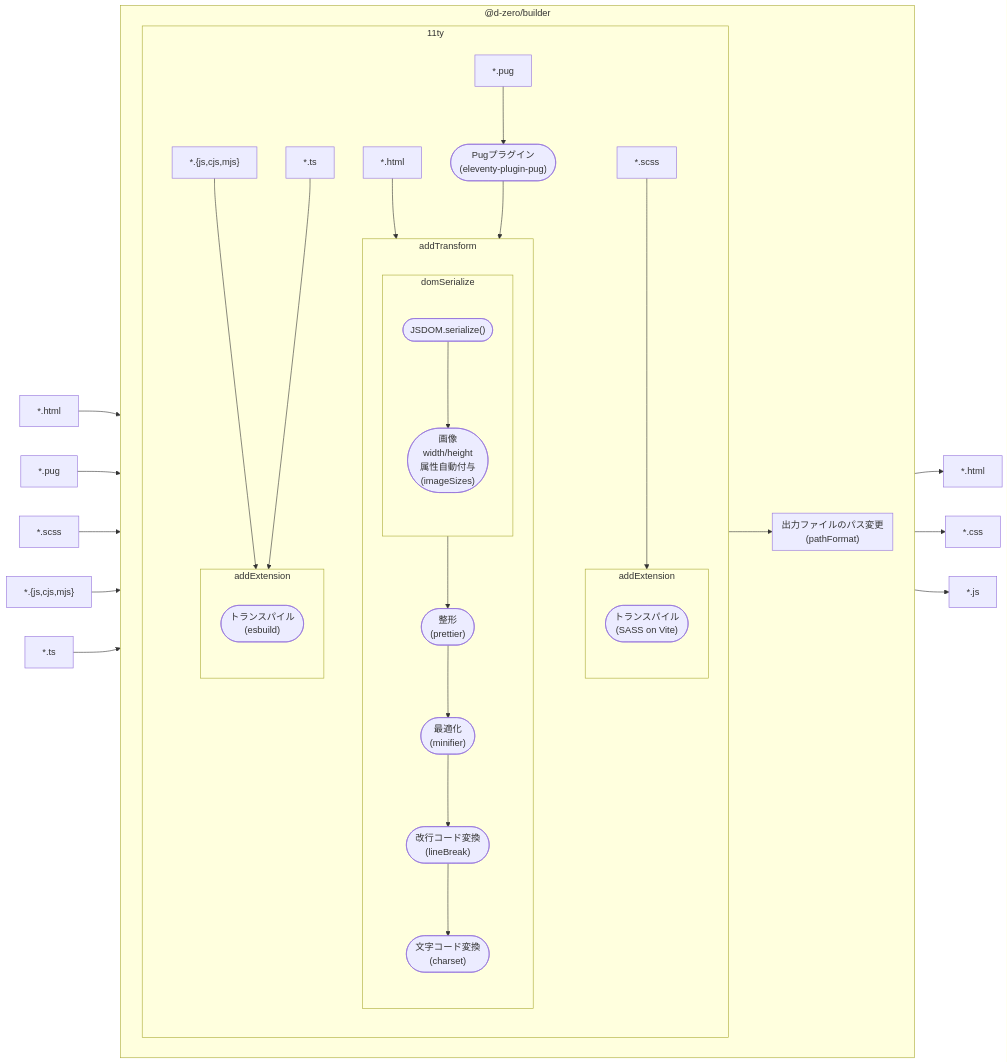
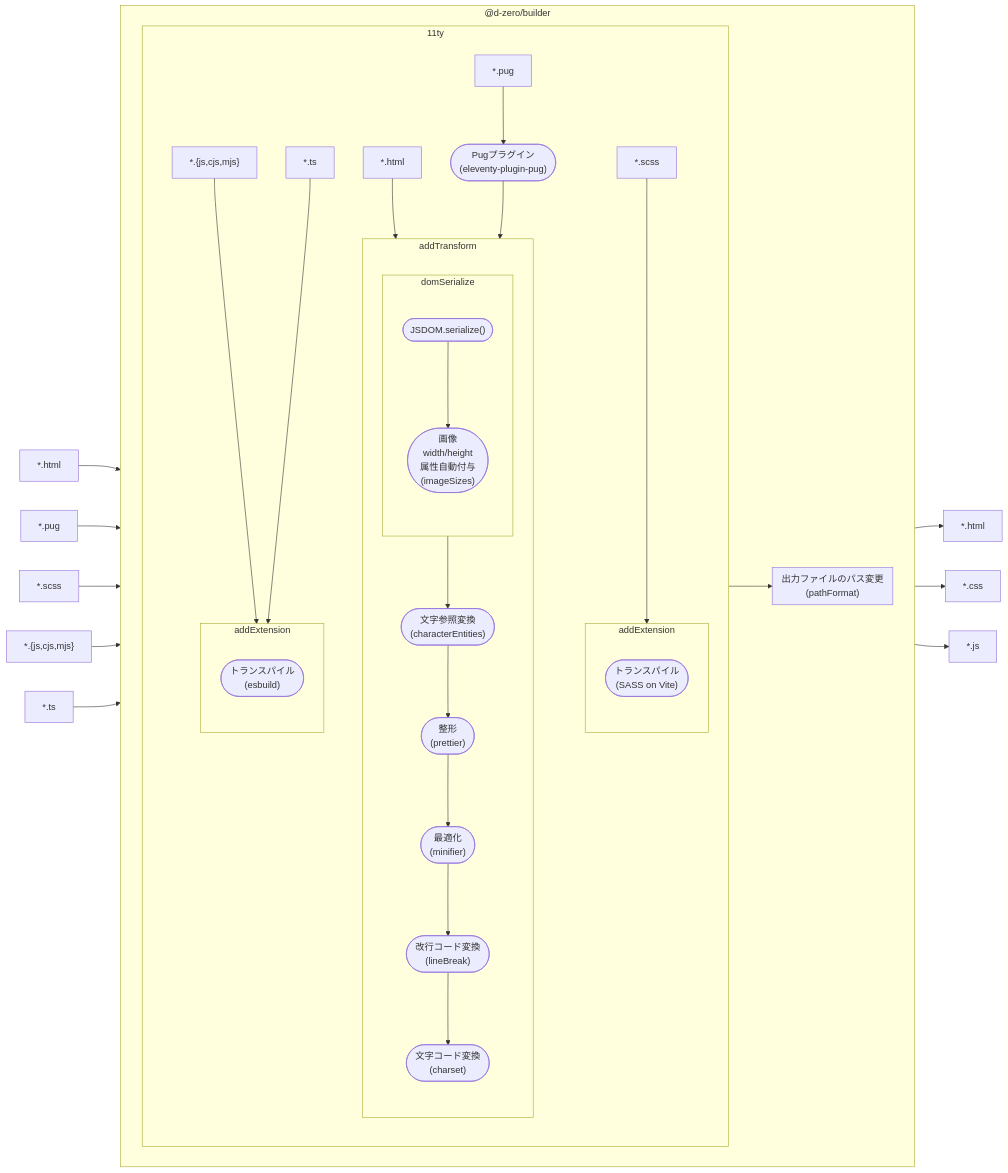
Before and after one commit to d-zero-dev/frontend-env: the diagram in packages/@d-zero/builder/README.md, drawn with Mermaid. The commit also changed other lines of this file, not shown here.

Commit message:
docs(builder): update about `characterEntities` option

````diff
--- a/packages/@d-zero/builder/README.md
+++ b/packages/@d-zero/builder/README.md
@@ -64,76 +65,76 @@
 ```mermaid
 flowchart LR
 	#inHTML["*.html"]
 	#inPug["*.pug"]
 	#inSCSS["*.scss"]
 	#inJS["*.{js,cjs,mjs}"]
 	#inTS["*.ts"]
 	#outHTML["*.html"]
 	#outCSS["*.css"]
 	#outJS["*.js"]
 
 	#inHTML --> #dzBuilder
 	#inPug --> #dzBuilder
 	#inSCSS --> #dzBuilder
 	#inJS --> #dzBuilder
 	#inTS --> #dzBuilder
 	#dzBuilder --> #outHTML
 	#dzBuilder --> #outCSS
 	#dzBuilder --> #outJS
 
 	subgraph #dzBuilder["@d-zero/builder"]
 		direction LR
 
 		subgraph #eleventy["11ty"]
 			#html["*.html"]
 			#pug["*.pug"]
 			#scss["*.scss"]
 			#js["*.{js,cjs,mjs}"]
 			#ts["*.ts"]
 
 			subgraph #transformHTML["addTransform"]
 				direction TB
 
+                #characterEntities(["文字参照変換<br>(characterEntities)"])
 				#prettier(["整形<br>(prettier)"])
 				#minifier(["最適化<br>(minifier)"])
 				#lineBreak(["改行コード変換<br>(lineBreak)"])
 				#charset(["文字コード変換<br>(charset)"])
-
 
 				subgraph #domSerialize["domSerialize"]
 					direction TB
 
 					#jsdom(["JSDOM.serialize()"])
 					#imageSizes(["画像<br>width/height<br>属性自動付与<br>(imageSizes)"])
 
 					#jsdom --> #imageSizes
 				end
 
-				#domSerialize --> #prettier --> #minifier --> #lineBreak --> #charset
+				#domSerialize --> #characterEntities --> #prettier --> #minifier --> #lineBreak --> #charset
 			end
 
 			subgraph #transpileCSS["addExtension"]
 				direction TB
 
 				#vite(["トランスパイル<br>(SASS on Vite)"])
 			end
 
 			subgraph #transpileJS["addExtension"]
 				direction TB
 
 				#esbuild(["トランスパイル<br>(esbuild)"])
 			end
 
 			#html --> #transformHTML
 			#pug --> #eleventy-plugin-pug(["Pugプラグイン<br>(eleventy-plugin-pug)"]) --> #transformHTML
 			#scss --> #transpileCSS
 			#js --> #transpileJS
 			#ts --> #transpileJS
 		end
 
 		subgraph #pathFormat["出力ファイルのパス変更<br>(pathFormat)"]
 		end
 
 		#eleventy --> #pathFormat
 	end
 ```
````
